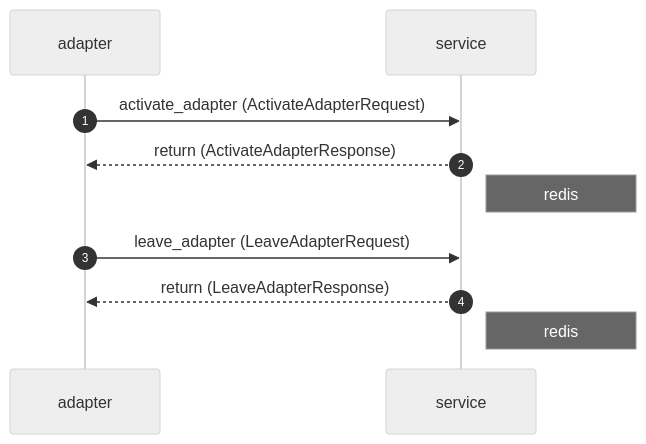
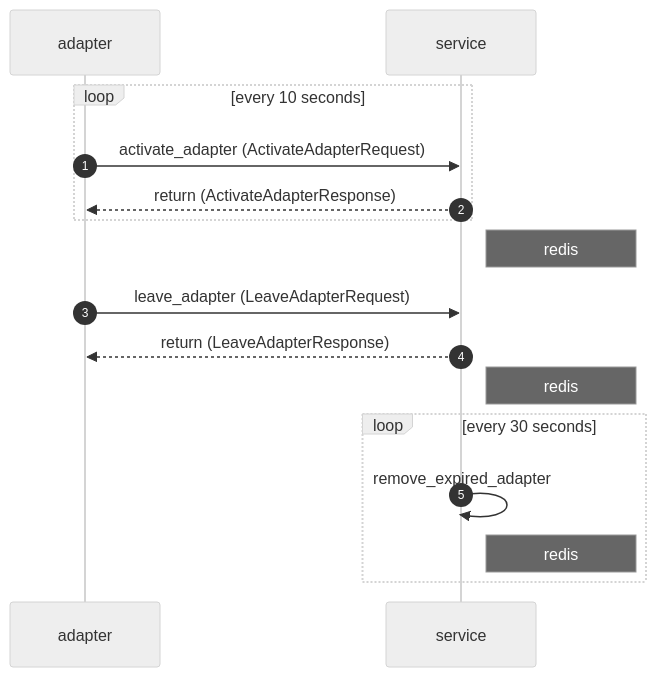
Before and after one commit to FutureOrientedGB/plc_control: the second of 7 diagrams in README.md, drawn with Mermaid (neutral theme). The commit also changed other lines of this file and 2 other files, not shown here.

Commit message:
[doc] add loop and self call

````diff
--- a/README.md
+++ b/README.md
@@ -13,16 +13,23 @@
 ```mermaid
 sequenceDiagram
     autonumber
     participant adapter
     participant service
 
-adapter->>service: activate_adapter (ActivateAdapterRequest)
-service-->>adapter: return (ActivateAdapterResponse)
+loop every 10 seconds
+    adapter->>service: activate_adapter (ActivateAdapterRequest)
+    service-->>adapter: return (ActivateAdapterResponse)
+end
 
 Note right of service: redis
 
 adapter->>service: leave_adapter (LeaveAdapterRequest)
 service-->>adapter: return (LeaveAdapterResponse)
 
 Note right of service: redis
+
+loop every 30 seconds
+    service->>service: remove_expired_adapter
+    Note right of service: redis
+end
 ```
````
